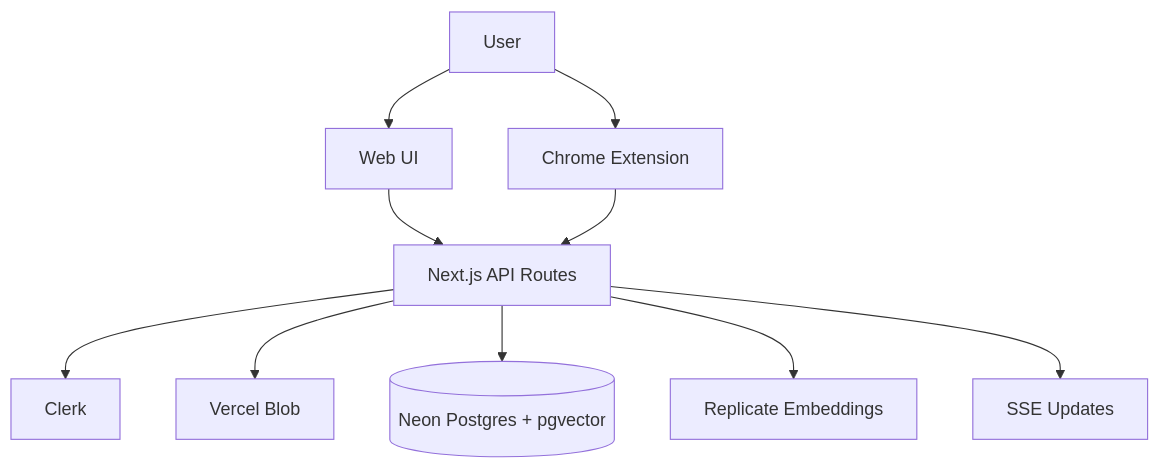
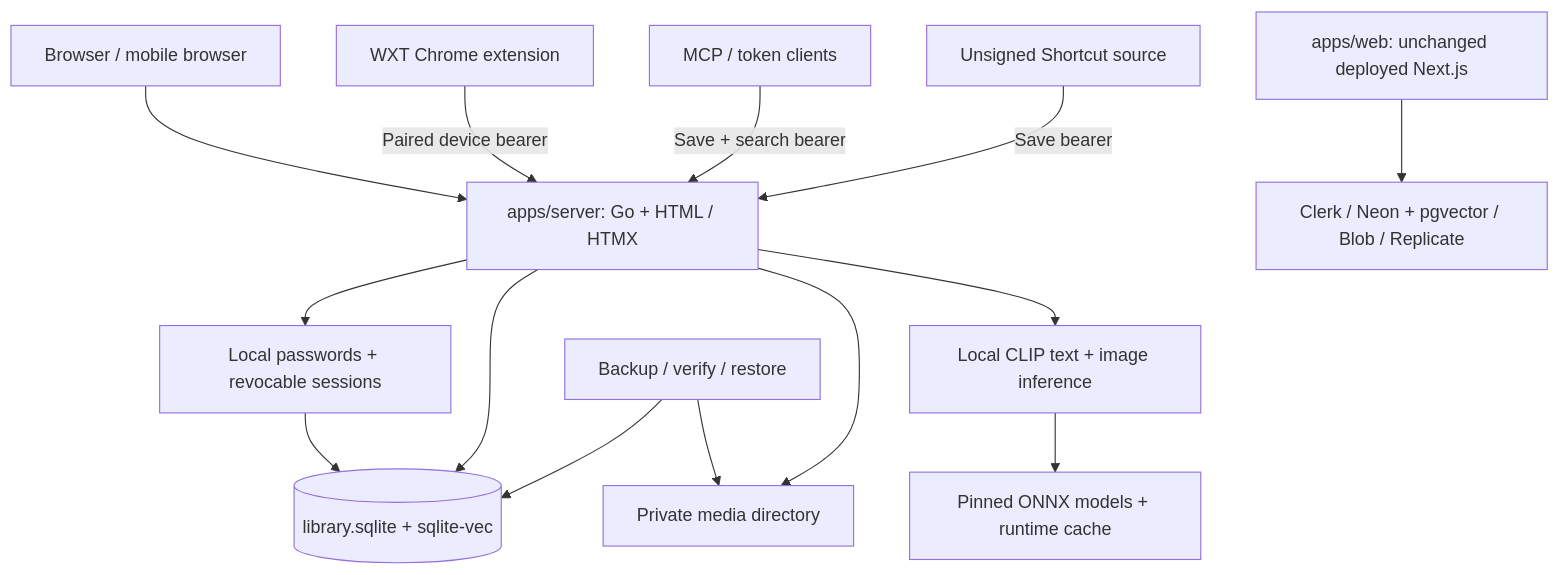
The diagram in ARCHITECTURE.md (misty-step/sploot), drawn with Mermaid before and after one commit. The commit also changed other lines of this file and 183 other files, not shown here.

First line of the commit message:
feat(server): finish the persistent personal Go library (MIS-45) (#335)

````diff
--- a/ARCHITECTURE.md
+++ b/ARCHITECTURE.md
@@ -18,15 +31,16 @@
 ```mermaid
 graph TB
-  U[User] --> WUI[Web UI]
-  U --> EXT[Chrome Extension]
-
-  WUI --> API[Next.js API Routes]
-  EXT --> API
-
-  API --> AUTH[Clerk]
-  API --> BLOB[Vercel Blob]
-  API --> DB[(Neon Postgres + pgvector)]
-  API --> EMB[Replicate Embeddings]
-
-  API --> SSE[SSE Updates]
+  U[Browser / mobile browser] --> GO[apps/server: Go + HTML / HTMX]
+  EXT[WXT Chrome extension] -->|Paired device bearer| GO
+  AGENT[MCP / token clients] -->|Save + search bearer| GO
+  IOS[Unsigned Shortcut source] -->|Save bearer| GO
+  GO --> AUTH[Local passwords + revocable sessions]
+  AUTH --> DB[(library.sqlite + sqlite-vec)]
+  GO --> DB
+  GO --> MEDIA[Private media directory]
+  GO --> CPU[Local CLIP text + image inference]
+  CPU --> CACHE[Pinned ONNX models + runtime cache]
+  RECOVERY[Backup / verify / restore] --> DB
+  RECOVERY --> MEDIA
+  NEXT[apps/web: unchanged deployed Next.js] --> VENDOR[Clerk / Neon + pgvector / Blob / Replicate]
 ```
````
